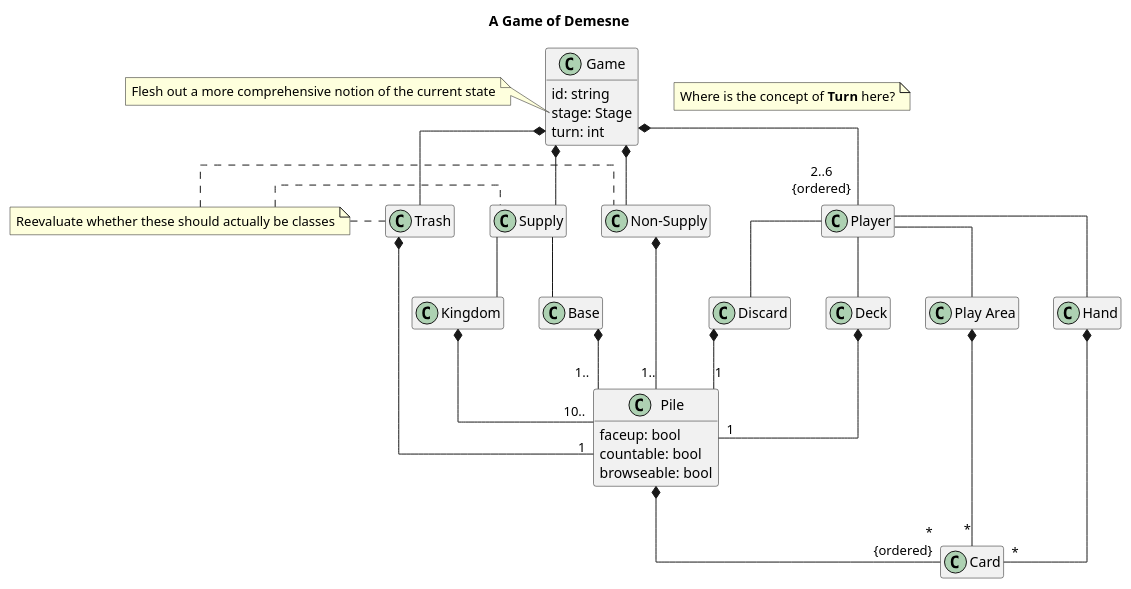
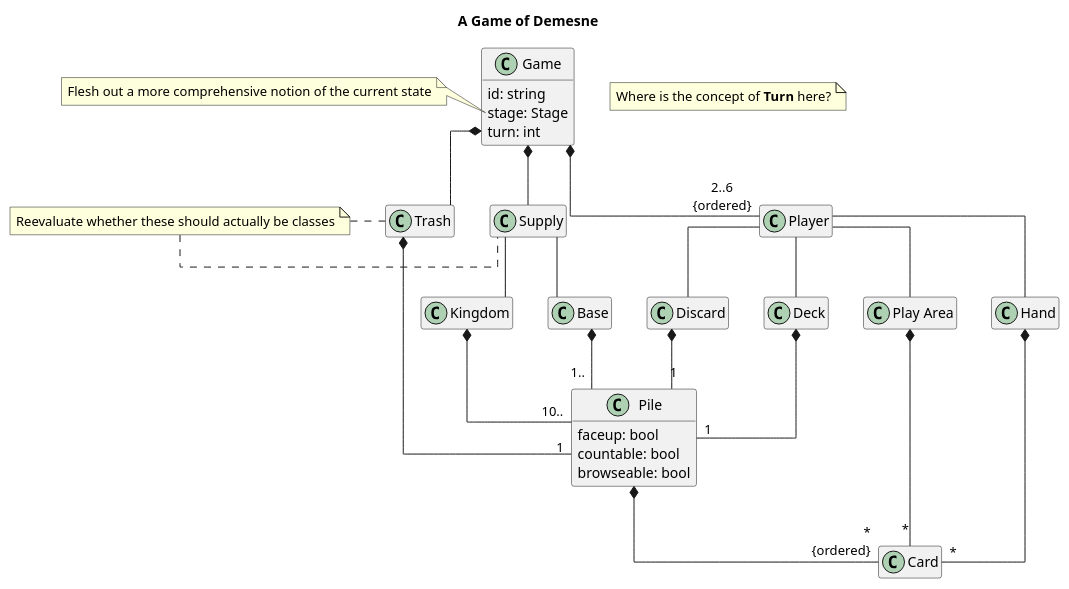
Before and after one commit to qwwqe/demesne: the diagram in diagrams/game-class.puml, drawn with PlantUML. The commit also changed 2 other files, not shown here.

Commit message:
Define basic Game struct

```diff
--- a/diagrams/game-class.puml
+++ b/diagrams/game-class.puml
@@ -1,81 +1,81 @@
 @startuml
 title A Game of Demesne
 hide empty members
 skinparam linetype ortho
 
 note "Where is the concept of <b>Turn</b> here?" as TurnNote
 
 note "Reevaluate whether these should actually be classes" as ClassNote
 
 class Game {
   id: string
   stage: Stage
   turn: int
 }
 
 class Player {}
 
 class Pile {
   faceup: bool
   countable: bool
   browseable: bool
 }
 
 together {
   class Deck
   class Discard
   class "Play Area"
   class Hand
 }
 
 together {
   class Supply
-  class "Non-Supply"
-  class Trash
+'  class "Non-Supply" #33333300
+'  class Trash
 }
 
 together {
   class Base
   class Kingdom
 }
 
 together {
   class Pile
   class Card
 }
 
 note left of Game::stage
   Flesh out a more comprehensive notion of the current state
 end note
 
 Game *-- Supply
-Game *-- "Non-Supply"
 Game *-- Trash
+' Game *-- "Non-Supply"
 Game *-- "2..6\n{ordered}" Player
 
 Player -- "Play Area"
 Player -- Hand
 Player -- Deck
 Player -- Discard
 
 Deck *-- "1" Pile
 Discard *-- "1" Pile
 
 Trash .left. ClassNote
 Supply .left. ClassNote
-"Non-Supply" .left. ClassNote
+' "Non-Supply" .left. ClassNote
 
 Supply -- Base
 Supply -- Kingdom
 
 Base *-- "1.." Pile
 Kingdom *-- "10.." Pile
-"Non-Supply" *-- "1.." Pile
+' "Non-Supply" *-- "1.." Pile
 
 Trash *-- "1" Pile
 
 Pile *-- "\r*\n{ordered}" Card
 
 "Play Area" *-- "*" Card
 Hand *-- "*" Card
 @enduml
```
